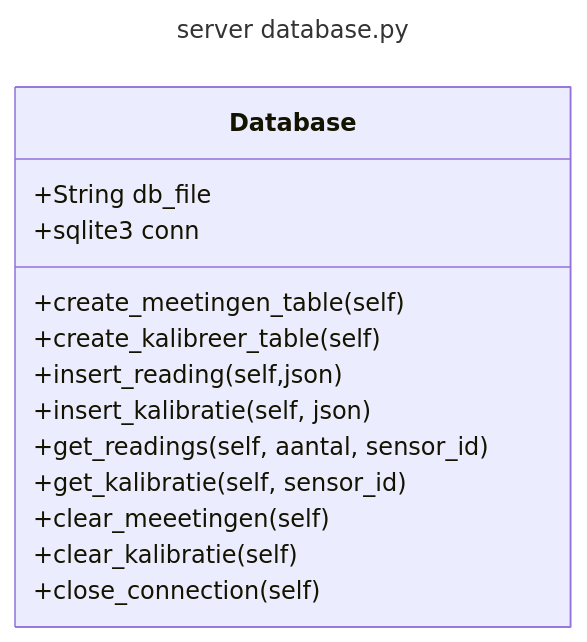
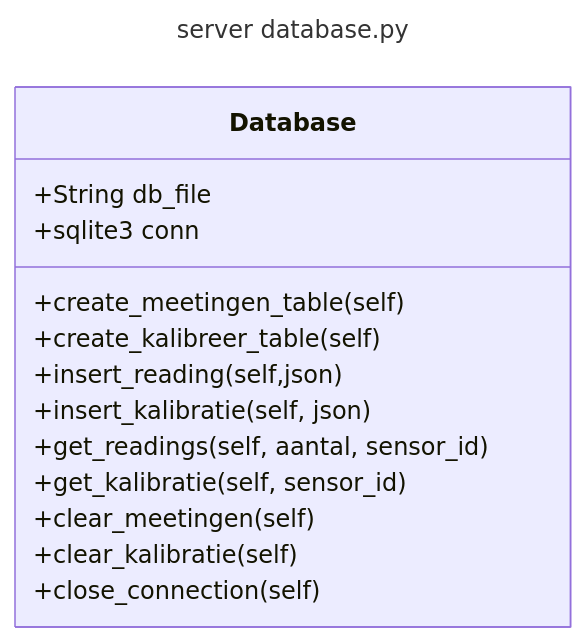
Before and after one commit to quintenVLOT/eindproject: the eighth of 16 diagrams in readme.md, drawn with Mermaid. The commit also changed other lines of this file, not shown here.

````diff
--- a/readme.md
+++ b/readme.md
@@ -215,19 +215,19 @@
 ```mermaid
 ---
 title: server database.py
 ---
 classDiagram
     class Database
     Database : +String db_file
     Database : +sqlite3 conn
 
     Database : +create_meetingen_table(self)
     Database : +create_kalibreer_table(self)
     Database : +insert_reading(self,json)
     Database : +insert_kalibratie(self, json)
     Database : +get_readings(self, aantal, sensor_id)
     Database : +get_kalibratie(self, sensor_id)
-    Database : +clear_meeetingen(self)
+    Database : +clear_meetingen(self)
     Database : +clear_kalibratie(self)
     Database : +close_connection(self)
 ```
````
